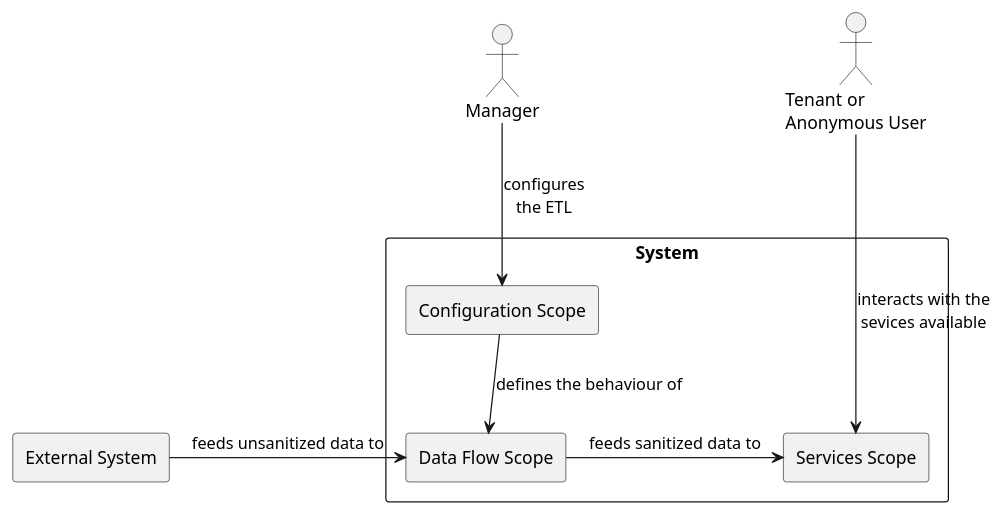
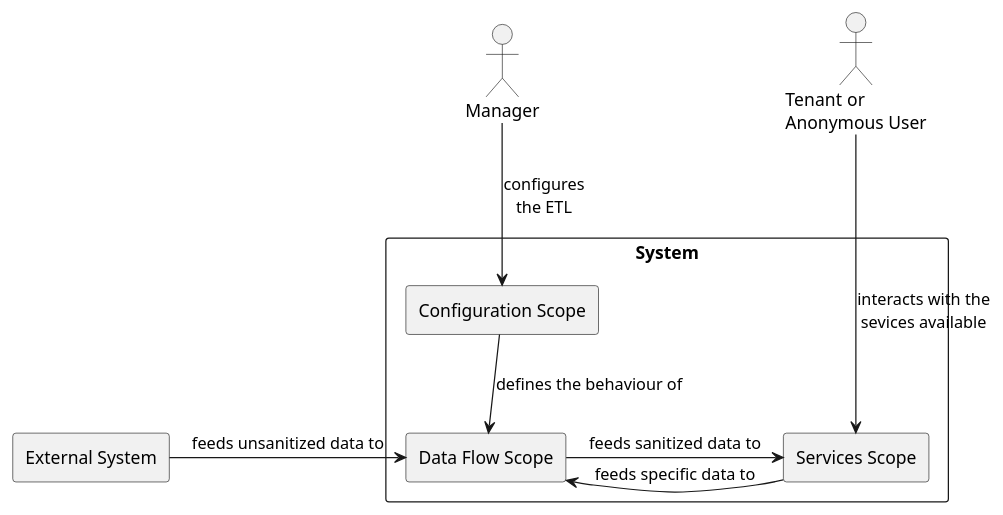
The diagram in assets/diagrams/scopes.puml (FilipeMCruz/dissertation), drawn with PlantUML before and after one commit. The commit also changed 4 other files, not shown here.

```diff
--- a/assets/diagrams/scopes.puml
+++ b/assets/diagrams/scopes.puml
@@ -1,30 +1,31 @@
 @startuml scopes
 
 skinparam componentStyle rectangle
 
 actor Manager
 
 actor "Tenant or\nAnonymous User" as User
 
 component "External System" as ExternalSystem
 
 component "System" {
 
     component "Configuration Scope" as Configuration
 
     component "Data Flow Scope" as DataFlow
 
     component "Services Scope" as Service
 }
 
 ExternalSystem -> DataFlow : feeds unsanitized data to
 
 Configuration --> DataFlow : defines the behaviour of
 
 DataFlow -> Service : feeds sanitized data to
+Service -> DataFlow : feeds specific data to
 
 Manager --> Configuration : configures\nthe ETL
 
 User ---> Service : interacts with the\nsevices available
 
 @enduml
```
